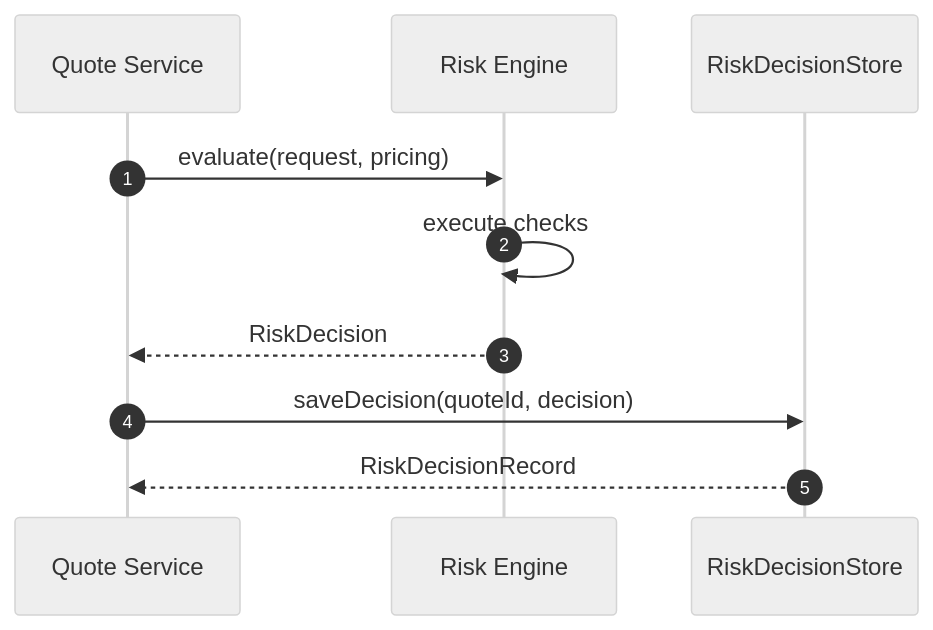
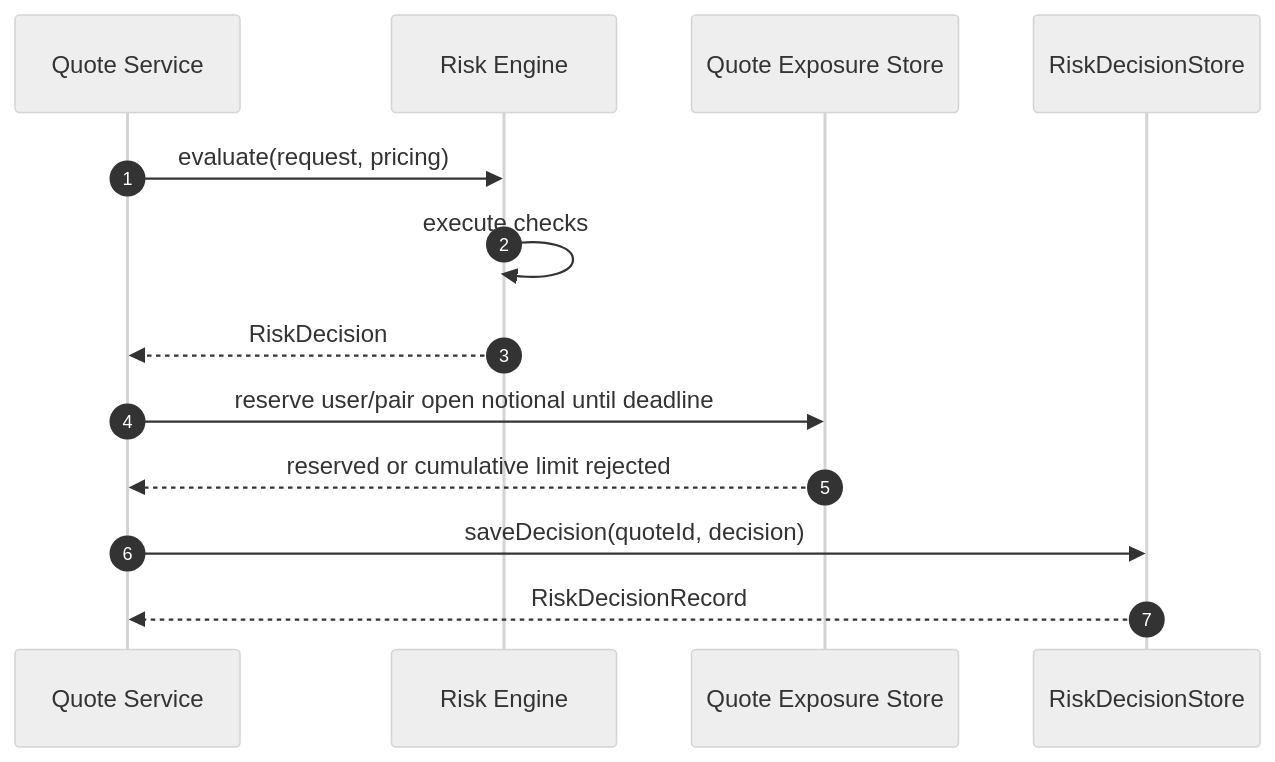
One commit to alvis-ai/production-grade-web3-rfq-market-maker changed the second of 3 diagrams in book/Volume5-BackendEngineering/Chapter04-Risk-Service.md. Above: the diagram before and after it, drawn with Mermaid (neutral theme). The commit also changed other lines of this file and 34 other files, not shown here.

Commit message:
feat: cap cumulative quote exposure

````diff
--- a/book/Volume5-BackendEngineering/Chapter04-Risk-Service.md
+++ b/book/Volume5-BackendEngineering/Chapter04-Risk-Service.md
@@ -74,13 +74,16 @@
 ```mermaid
 sequenceDiagram
   autonumber
   participant Q as Quote Service
   participant R as Risk Engine
+  participant E as Quote Exposure Store
   participant Store as RiskDecisionStore
 
   Q->>R: evaluate(request, pricing)
   R->>R: execute checks
   R-->>Q: RiskDecision
+  Q->>E: reserve user/pair open notional until deadline
+  E-->>Q: reserved or cumulative limit rejected
   Q->>Store: saveDecision(quoteId, decision)
   Store-->>Q: RiskDecisionRecord
 ```
````
